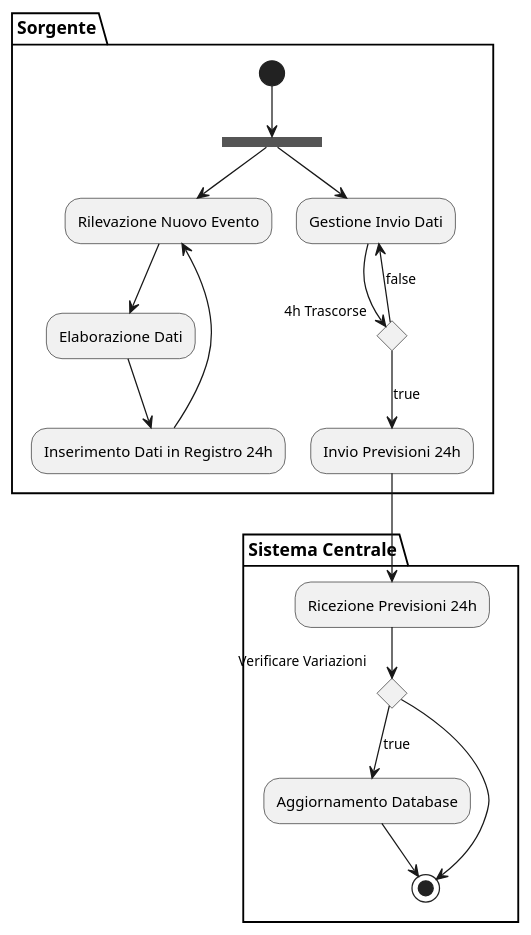
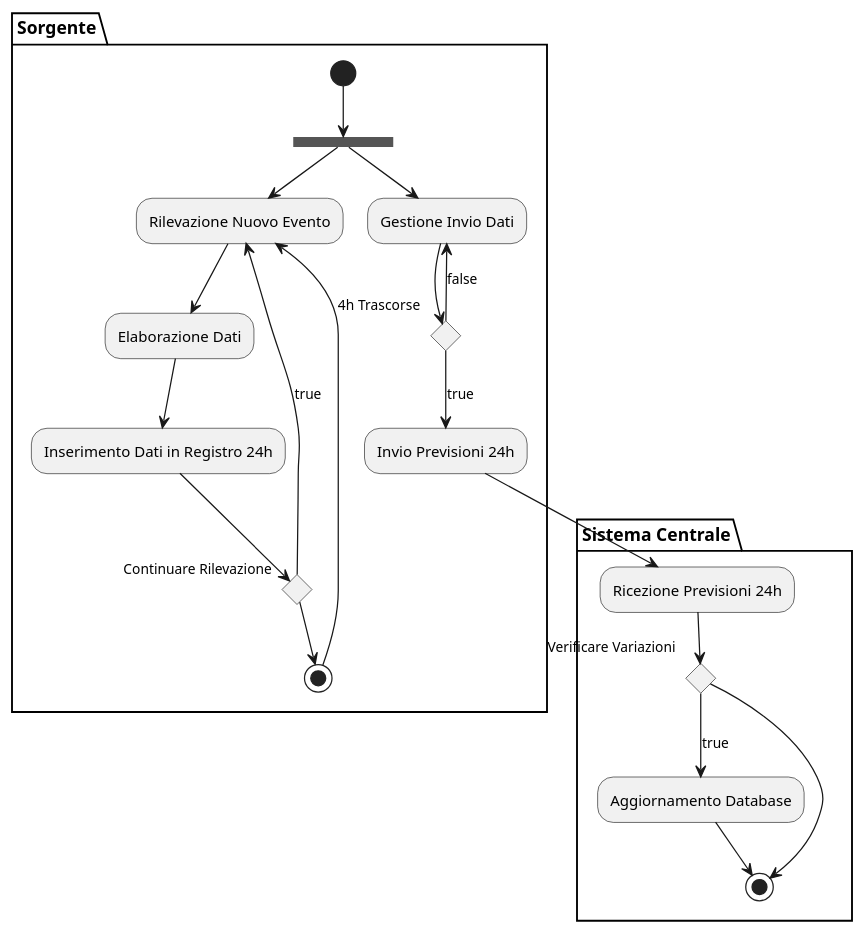
One commit to xFA25E/sweng_14_2019 changed the diagram in docs/diagrams/src/activity_diagram_sorgente-sistema_centrale.puml. Above: the diagram before and after it, drawn with PlantUML. The commit also changed 1 other file, not shown here.

Commit message:
Moved diagram file

```diff
--- a/docs/diagrams/src/activity_diagram_sorgente-sistema_centrale.puml
+++ b/docs/diagrams/src/activity_diagram_sorgente-sistema_centrale.puml
@@ -1,25 +1,29 @@
 @startuml
 
 partition Sorgente {
 	(*) --> ===S1===
 	===S1=== --> "Rilevazione Nuovo Evento"
 	--> "Elaborazione Dati"
 	--> "Inserimento Dati in Registro 24h"
+	--> if "Continuare Rilevazione"
+		--> [true] "Rilevazione Nuovo Evento"
+	else
+		--> (*top)
 	--> "Rilevazione Nuovo Evento"
 	===S1=== --> "Gestione Invio Dati"
 	--> if "4h Trascorse" then
 		--> [true] "Invio Previsioni 24h"
 	else
 		--> [false] "Gestione Invio Dati"
 }
 
 partition "Sistema Centrale" {
 	"Invio Previsioni 24h" --> "Ricezione Previsioni 24h"
 	--> if "Verificare Variazioni"
 		--> [true] "Aggiornamento Database"
 	else
 		--> (*)
 	"Aggiornamento Database" --> (*)
 }
 
 @enduml
```
